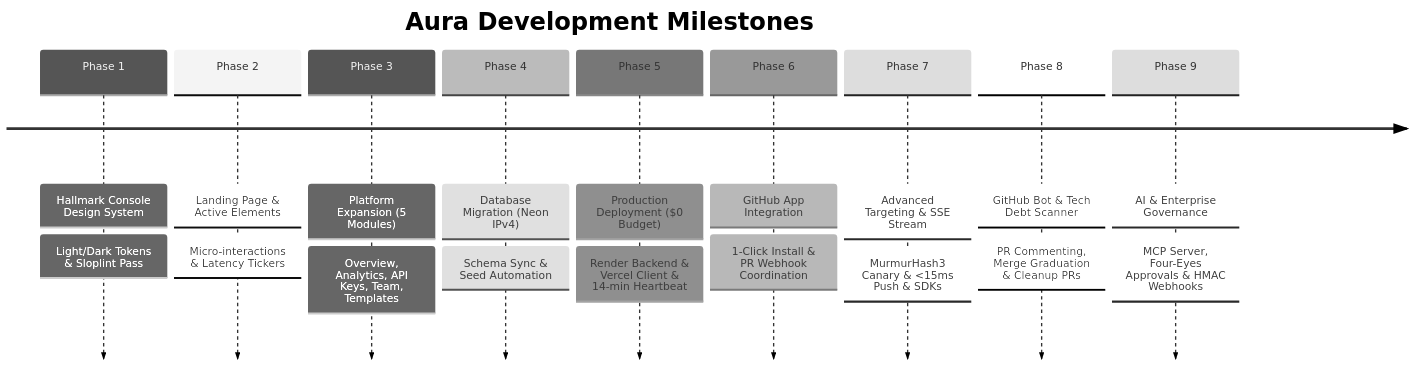
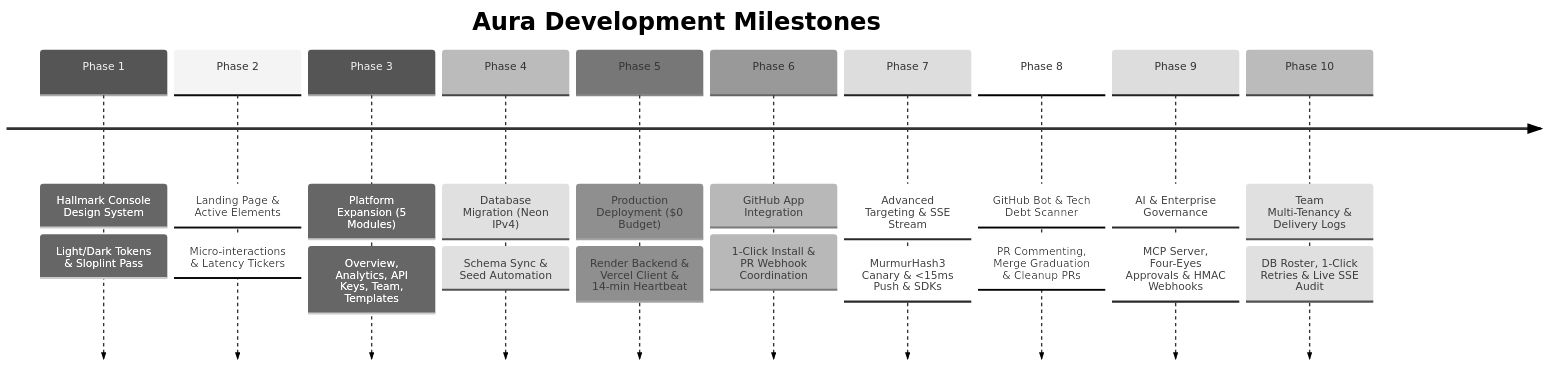
The second of 3 diagrams in PROJECT_ROADMAP_AND_PROGRESS.md (sgavankar43/Aura-spring-), drawn with Mermaid (neutral theme) before and after one commit. The commit also changed other lines of this file and 22 other files, not shown here.

Commit message:
feat(phase-10): full team multi-tenancy, webhook delivery telemetry, and live SSE audit stream

````diff
--- a/PROJECT_ROADMAP_AND_PROGRESS.md
+++ b/PROJECT_ROADMAP_AND_PROGRESS.md
@@ -52,13 +52,14 @@
 ```mermaid
 timeline
     title Aura Development Milestones
     Phase 1 : Hallmark Console Design System : Light/Dark Tokens & Sloplint Pass
     Phase 2 : Landing Page & Active Elements : Micro-interactions & Latency Tickers
     Phase 3 : Platform Expansion (5 Modules) : Overview, Analytics, API Keys, Team, Templates
     Phase 4 : Database Migration (Neon IPv4) : Schema Sync & Seed Automation
     Phase 5 : Production Deployment ($0 Budget) : Render Backend & Vercel Client & 14-min Heartbeat
     Phase 6 : GitHub App Integration : 1-Click Install & PR Webhook Coordination
     Phase 7 : Advanced Targeting & SSE Stream : MurmurHash3 Canary & <15ms Push & SDKs
     Phase 8 : GitHub Bot & Tech Debt Scanner : PR Commenting, Merge Graduation & Cleanup PRs
     Phase 9 : AI & Enterprise Governance : MCP Server, Four-Eyes Approvals & HMAC Webhooks
+    Phase 10 : Team Multi-Tenancy & Delivery Logs : DB Roster, 1-Click Retries & Live SSE Audit
 ```
````
